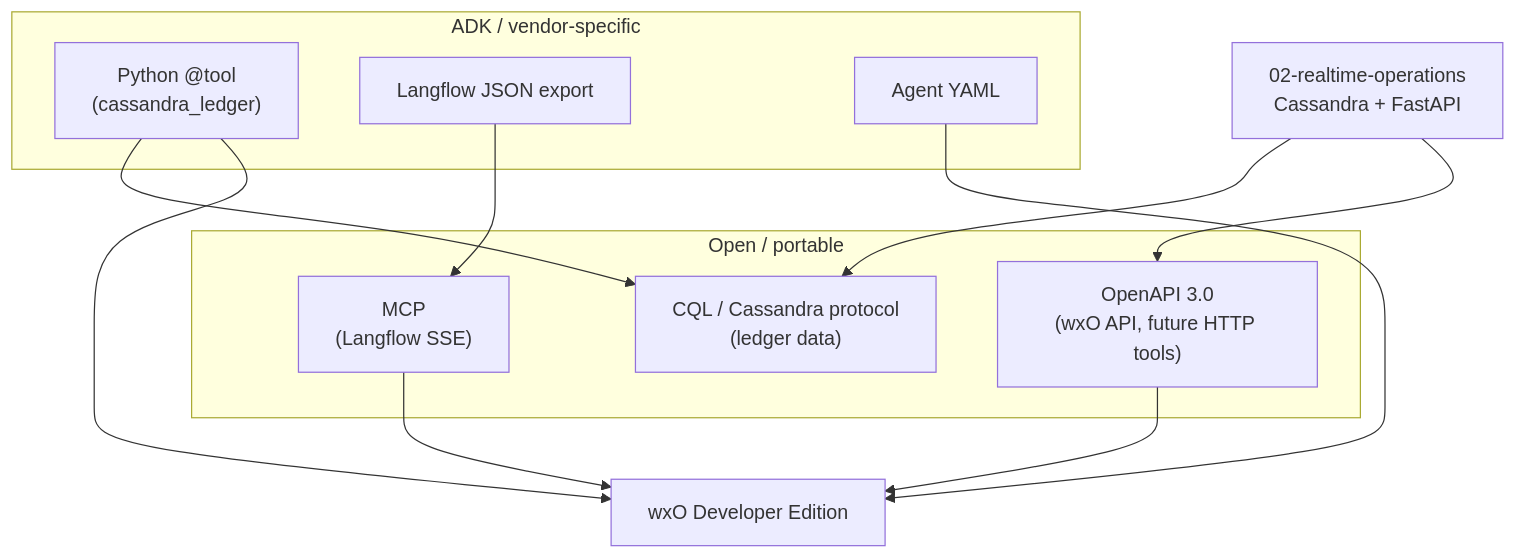
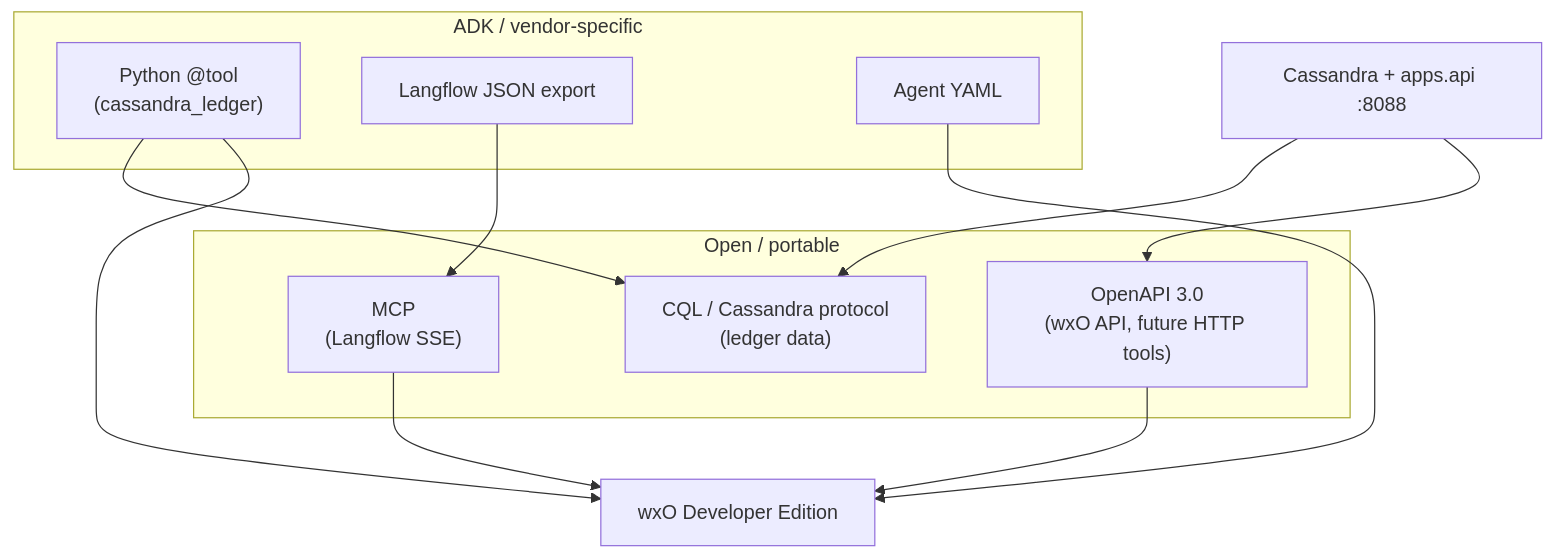
Before and after one commit to michelderu/wxd-globalparcel-demo: the third of 3 diagrams in 04-accelerate-ai/README.md, drawn with Mermaid. The commit also changed other lines of this file and 84 other files, not shown here.

````diff
--- a/04-accelerate-ai/README.md
+++ b/04-accelerate-ai/README.md
@@ -352,23 +353,23 @@
 ```mermaid
 flowchart TB
     subgraph open["Open / portable"]
         OAPI["OpenAPI 3.0\n(wxO API, future HTTP tools)"]
         MCP["MCP\n(Langflow SSE)"]
         CQL["CQL / Cassandra protocol\n(ledger data)"]
     end
 
     subgraph adk["ADK / vendor-specific"]
         PY["Python @tool\n(cassandra_ledger)"]
         LFJ["Langflow JSON export"]
         AGY["Agent YAML"]
     end
 
-    S02["02-realtime-operations\nCassandra + FastAPI"] --> CQL
-    S02 --> OAPI
+    Host["Cassandra + apps.api :8088"] --> CQL
+    Host --> OAPI
     PY --> CQL
     LFJ --> MCP
     AGY --> WXO["wxO Developer Edition"]
     PY --> WXO
     OAPI --> WXO
     MCP --> WXO
 ```
````
